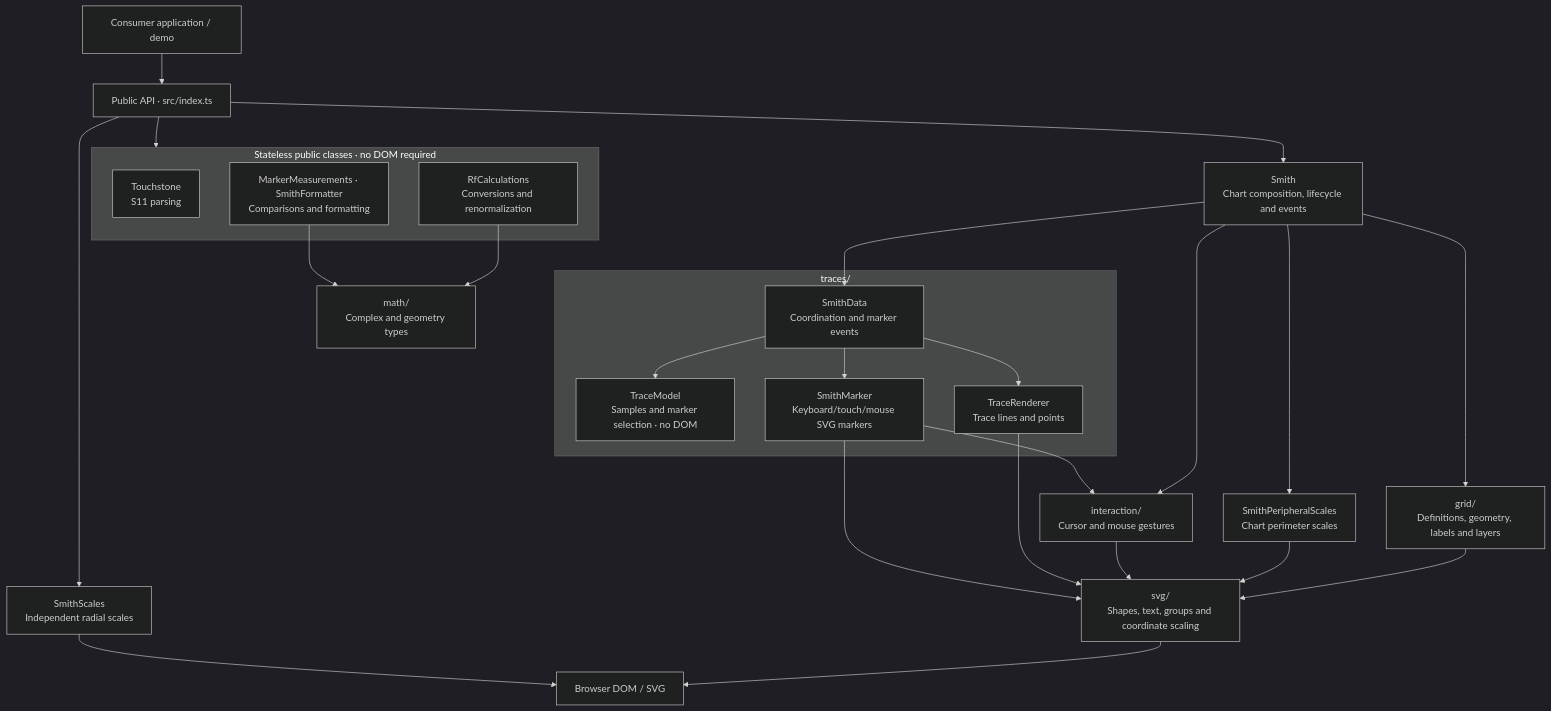
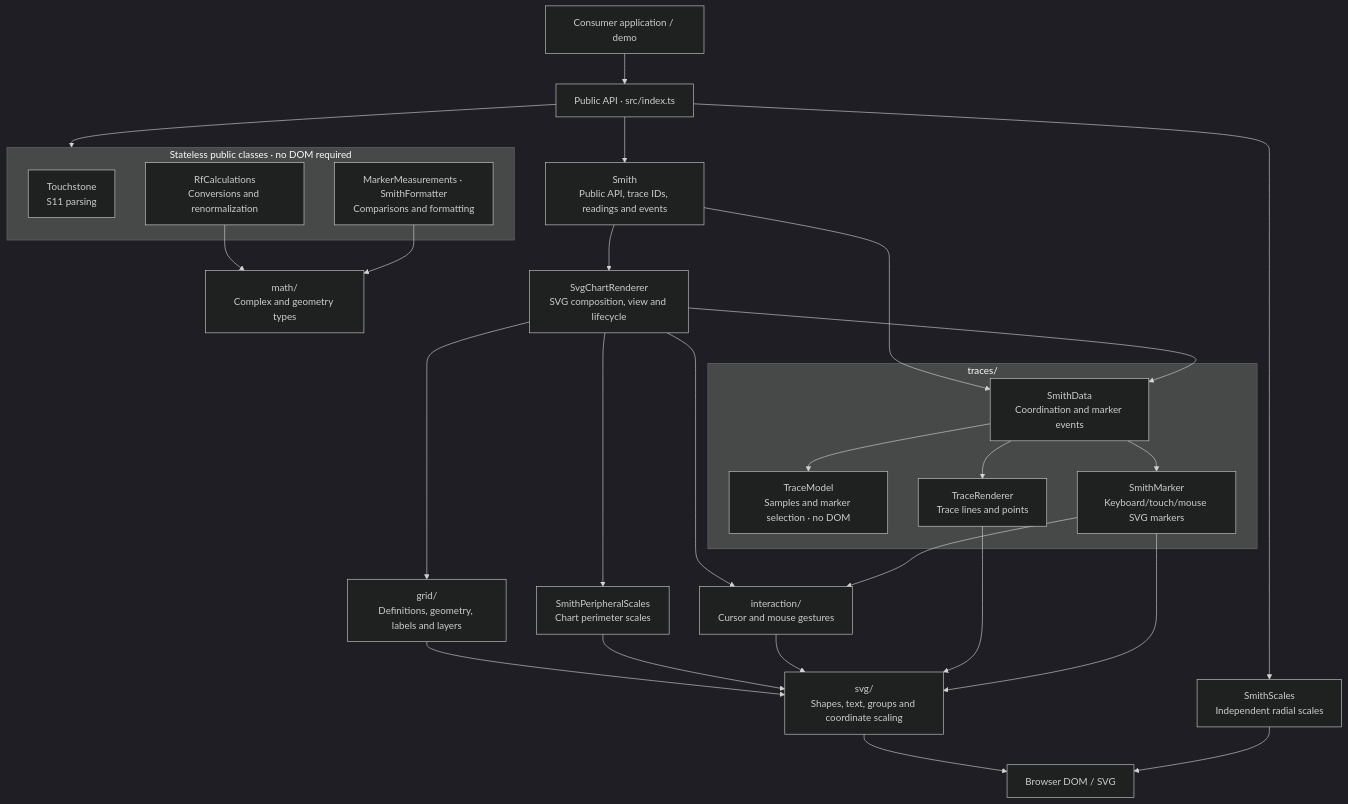
The diagram in docs/architecture.md (rosek86/smith-chart), drawn with Mermaid (dark theme) before and after one commit. The commit also changed other lines of this file and 5 other files, not shown here.

Commit message:
refactor: extract internal SVG chart renderer

````diff
--- a/docs/architecture.md
+++ b/docs/architecture.md
@@ -7,43 +7,45 @@
 ```mermaid
 flowchart TB
     App["Consumer application / demo"] --> API["Public API · src/index.ts"]
 
-    API --> Smith["Smith<br/>Chart composition, lifecycle and events"]
+    API --> Smith["Smith<br/>Public API, trace IDs, readings and events"]
     API --> Scales["SmithScales<br/>Independent radial scales"]
     API --> Utilities
 
     subgraph Utilities["Stateless public classes · no DOM required"]
         Touchstone["Touchstone<br/>S11 parsing"]
         RF["RfCalculations<br/>Conversions and renormalization"]
         Helpers["MarkerMeasurements · SmithFormatter<br/>Comparisons and formatting"]
     end
 
     RF --> Math["math/<br/>Complex and geometry types"]
     Helpers --> Math
 
-    Smith --> Grid["grid/<br/>Definitions, geometry, labels and layers"]
-    Smith --> Peripheral["SmithPeripheralScales<br/>Chart perimeter scales"]
-    Smith --> Interaction["interaction/<br/>Cursor and mouse gestures"]
+    Smith --> ChartRenderer["SvgChartRenderer<br/>SVG composition, view and lifecycle"]
+    ChartRenderer --> Grid["grid/<br/>Definitions, geometry, labels and layers"]
+    ChartRenderer --> Peripheral["SmithPeripheralScales<br/>Chart perimeter scales"]
+    ChartRenderer --> Interaction["interaction/<br/>Cursor and mouse gestures"]
     Smith --> Data
+    ChartRenderer --> Data
 
     subgraph Traces["traces/"]
         Data["SmithData<br/>Coordination and marker events"]
         Model["TraceModel<br/>Samples and marker selection · no DOM"]
         Renderer["TraceRenderer<br/>Trace lines and points"]
         Marker["SmithMarker<br/>Keyboard/touch/mouse SVG markers"]
 
         Data --> Model
         Data --> Renderer
         Data --> Marker
     end
 
     Grid --> SVG["svg/<br/>Shapes, text, groups and coordinate scaling"]
     Peripheral --> SVG
     Interaction --> SVG
     Renderer --> SVG
     Marker --> SVG
     Marker --> Interaction
 
     SVG --> DOM["Browser DOM / SVG"]
     Scales --> DOM
 ```
````
